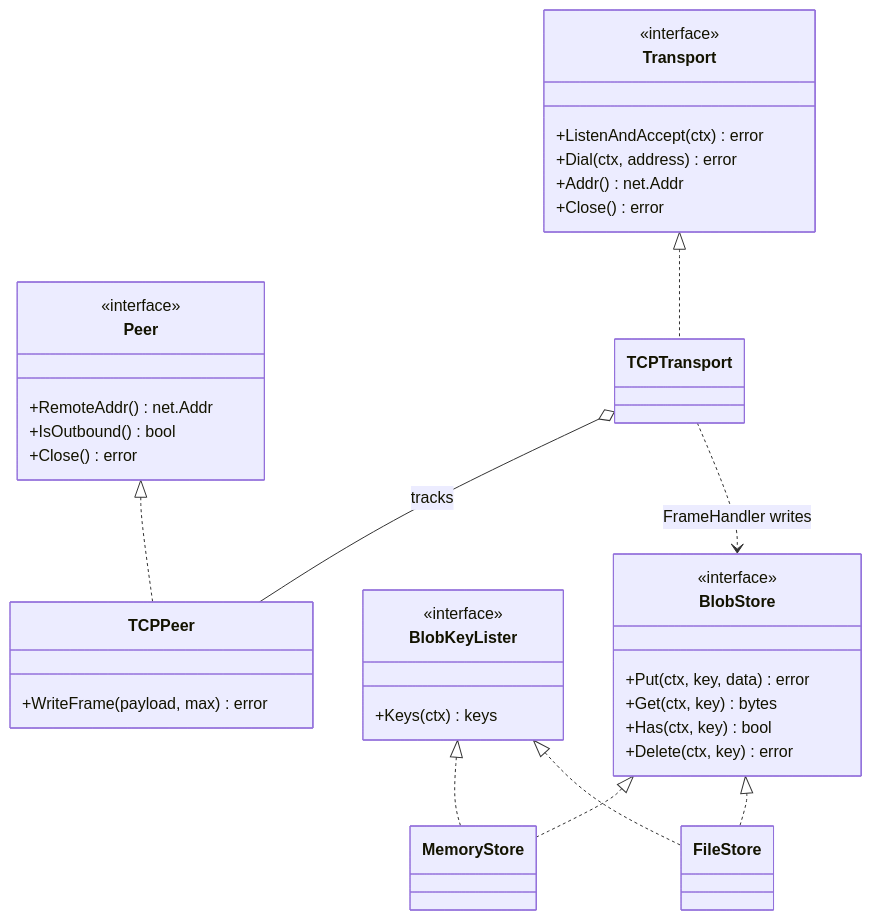
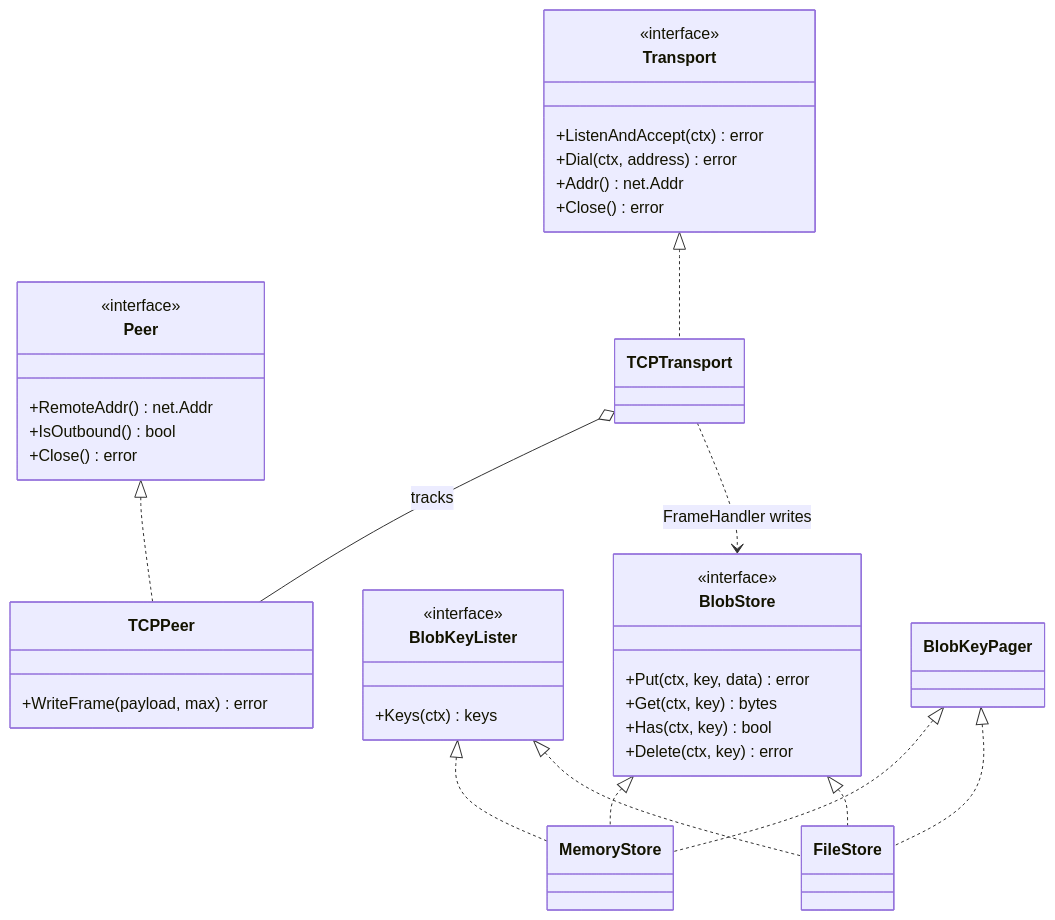
The second of 4 diagrams in docs/ARCHITECTURE.md (AliSinaDevelo/StreamHive), drawn with Mermaid before and after one commit. The commit also changed other lines of this file and 7 other files, not shown here.

````diff
--- a/docs/ARCHITECTURE.md
+++ b/docs/ARCHITECTURE.md
@@ -42,38 +42,40 @@
 ```mermaid
 classDiagram
   class Transport {
     <<interface>>
     +ListenAndAccept(ctx) error
     +Dial(ctx, address) error
     +Addr() net.Addr
     +Close() error
   }
   class Peer {
     <<interface>>
     +RemoteAddr() net.Addr
     +IsOutbound() bool
     +Close() error
   }
   class BlobStore {
     <<interface>>
     +Put(ctx, key, data) error
     +Get(ctx, key) bytes
     +Has(ctx, key) bool
     +Delete(ctx, key) error
   }
   class BlobKeyLister {
     <<interface>>
     +Keys(ctx) keys
   }
   class TCPPeer {
     +WriteFrame(payload, max) error
   }
   Transport <|.. TCPTransport
   Peer <|.. TCPPeer
   BlobStore <|.. MemoryStore
   BlobStore <|.. FileStore
   BlobKeyLister <|.. MemoryStore
   BlobKeyLister <|.. FileStore
+  BlobKeyPager <|.. MemoryStore
+  BlobKeyPager <|.. FileStore
   TCPTransport o-- TCPPeer : tracks
   TCPTransport ..> BlobStore : FrameHandler writes
 ```
````
